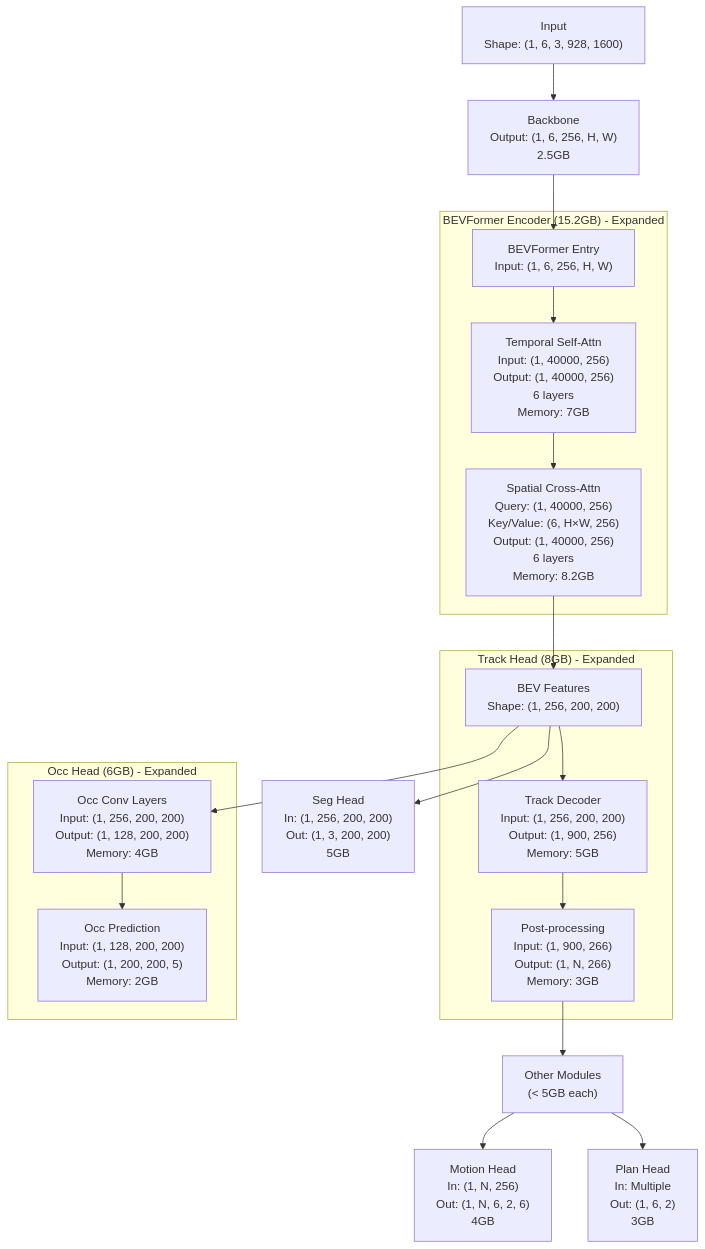
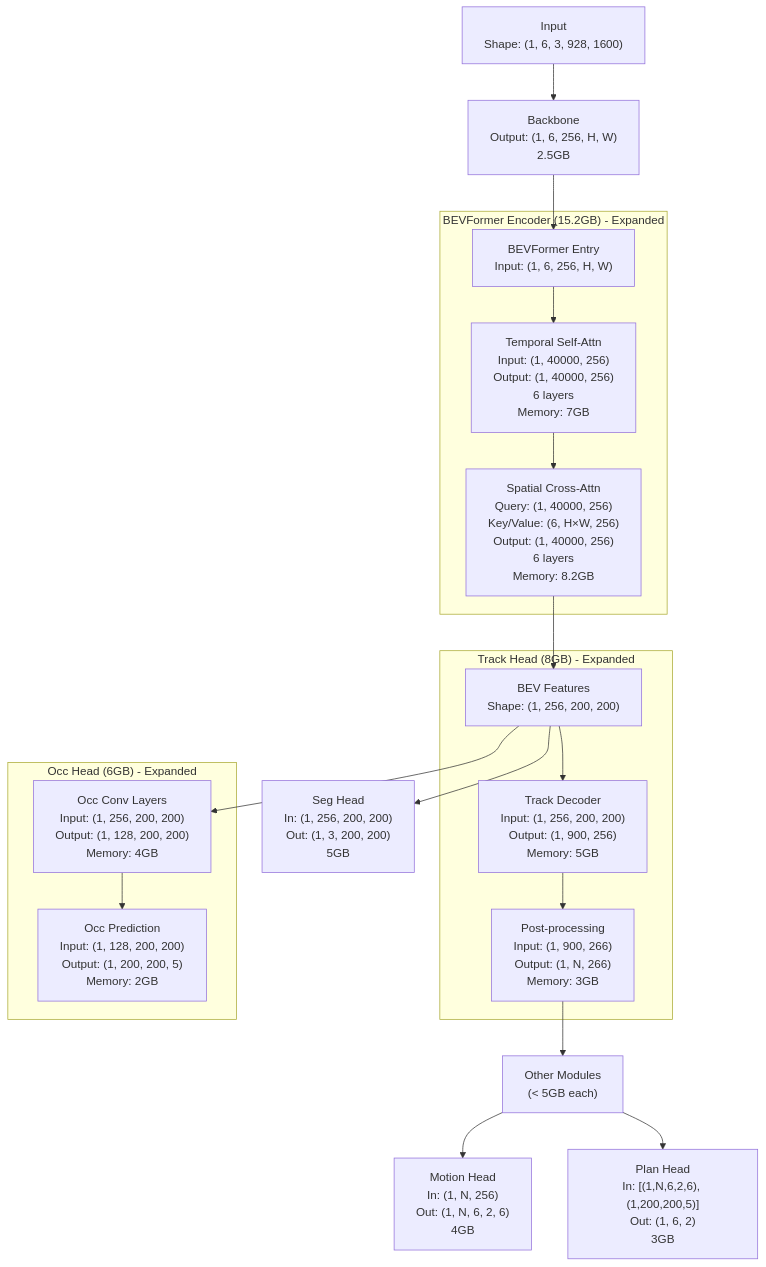
The sixth of 9 diagrams in tools/pytorch_op_tracer/SPEC.md (litanlitudan/UniAD), drawn with Mermaid before and after one commit. The commit also changed other lines of this file and 1 other file, not shown here.

Commit message:
feat: enhance SPEC.md and planning_head_report.md with detailed tensor shape tracking and visualization for Planning Head inputs

````diff
--- a/tools/pytorch_op_tracer/SPEC.md
+++ b/tools/pytorch_op_tracer/SPEC.md
@@ -728,31 +730,31 @@
 ```mermaid
 graph TB
     %% Auto-expanded view showing modules >5GB memory with tensor shapes
     Input["Input<br/>Shape: (1, 6, 3, 928, 1600)"] --> Backbone["Backbone<br/>Output: (1, 6, 256, H, W)<br/>2.5GB"]
     
     Backbone --> BEVEncoder
     
     subgraph "BEVFormer Encoder (15.2GB) - Expanded"
         BEVEncoder["BEVFormer Entry<br/>Input: (1, 6, 256, H, W)"] --> TSA["Temporal Self-Attn<br/>Input: (1, 40000, 256)<br/>Output: (1, 40000, 256)<br/>6 layers<br/>Memory: 7GB"]
         TSA --> SCA["Spatial Cross-Attn<br/>Query: (1, 40000, 256)<br/>Key/Value: (6, H×W, 256)<br/>Output: (1, 40000, 256)<br/>6 layers<br/>Memory: 8.2GB"]
     end
     
     SCA --> BEVFeatures["BEV Features<br/>Shape: (1, 256, 200, 200)"]
     
     subgraph "Track Head (8GB) - Expanded"
         BEVFeatures --> TrackDec["Track Decoder<br/>Input: (1, 256, 200, 200)<br/>Output: (1, 900, 256)<br/>Memory: 5GB"]
         TrackDec --> TrackPost["Post-processing<br/>Input: (1, 900, 266)<br/>Output: (1, N, 266)<br/>Memory: 3GB"]
     end
     
     TrackPost --> SmallModules["Other Modules<br/>(< 5GB each)"]
     
     subgraph "Occ Head (6GB) - Expanded"
         BEVFeatures --> OccConv["Occ Conv Layers<br/>Input: (1, 256, 200, 200)<br/>Output: (1, 128, 200, 200)<br/>Memory: 4GB"]
         OccConv --> OccPredict["Occ Prediction<br/>Input: (1, 128, 200, 200)<br/>Output: (1, 200, 200, 5)<br/>Memory: 2GB"]
     end
     
     %% Collapsed modules (< 5GB) with shapes
     BEVFeatures --> SegHead["Seg Head<br/>In: (1, 256, 200, 200)<br/>Out: (1, 3, 200, 200)<br/>5GB"]
     SmallModules --> MotionHead["Motion Head<br/>In: (1, N, 256)<br/>Out: (1, N, 6, 2, 6)<br/>4GB"]
-    SmallModules --> PlanHead["Plan Head<br/>In: Multiple<br/>Out: (1, 6, 2)<br/>3GB"]
+    SmallModules --> PlanHead["Plan Head<br/>In: [(1,N,6,2,6), (1,200,200,5)]<br/>Out: (1, 6, 2)<br/>3GB"]
 ```
````
